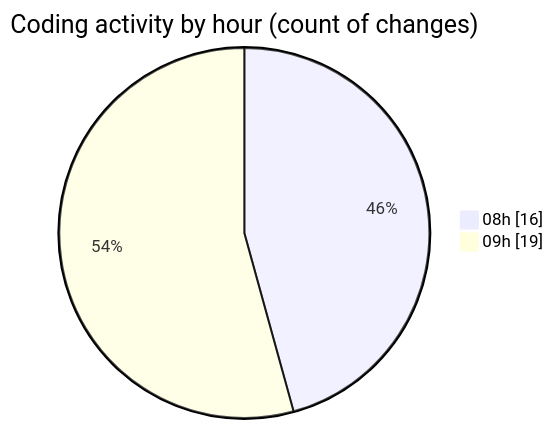
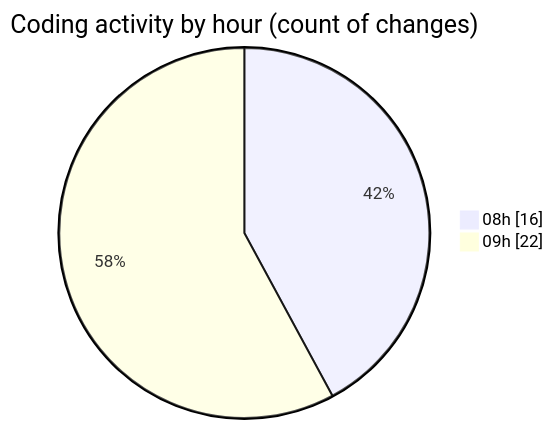
The second of 2 diagrams in 2025-07-25/cutler/README.md (EIIisD/code-tracking), drawn with Mermaid before and after one commit. The commit also changed other lines of this file and 1 other file, not shown here.

````diff
--- a/2025-07-25/cutler/README.md
+++ b/2025-07-25/cutler/README.md
@@ -39,6 +39,6 @@
 ```mermaid
 pie showData
 title Coding activity by hour (count of changes)
 "08h" : 16
-"09h" : 19
+"09h" : 22
 ```
````
